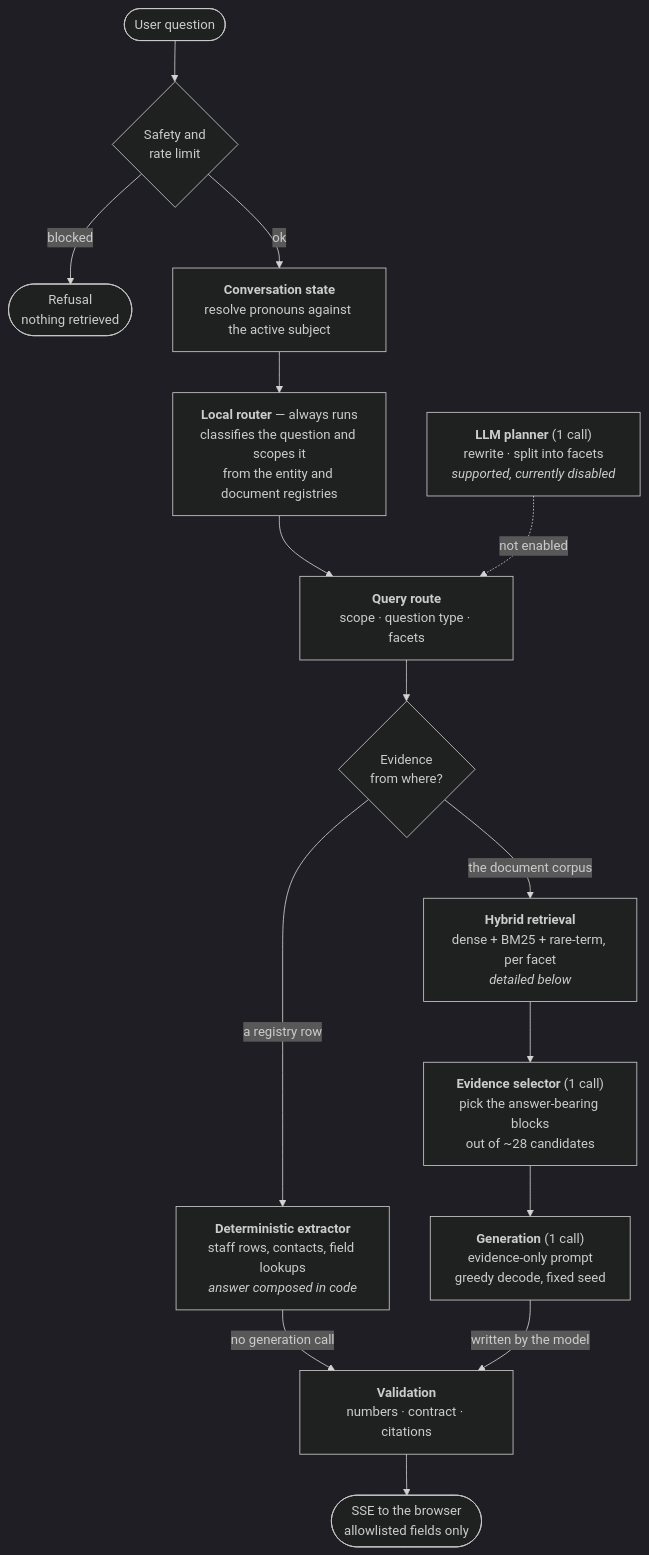
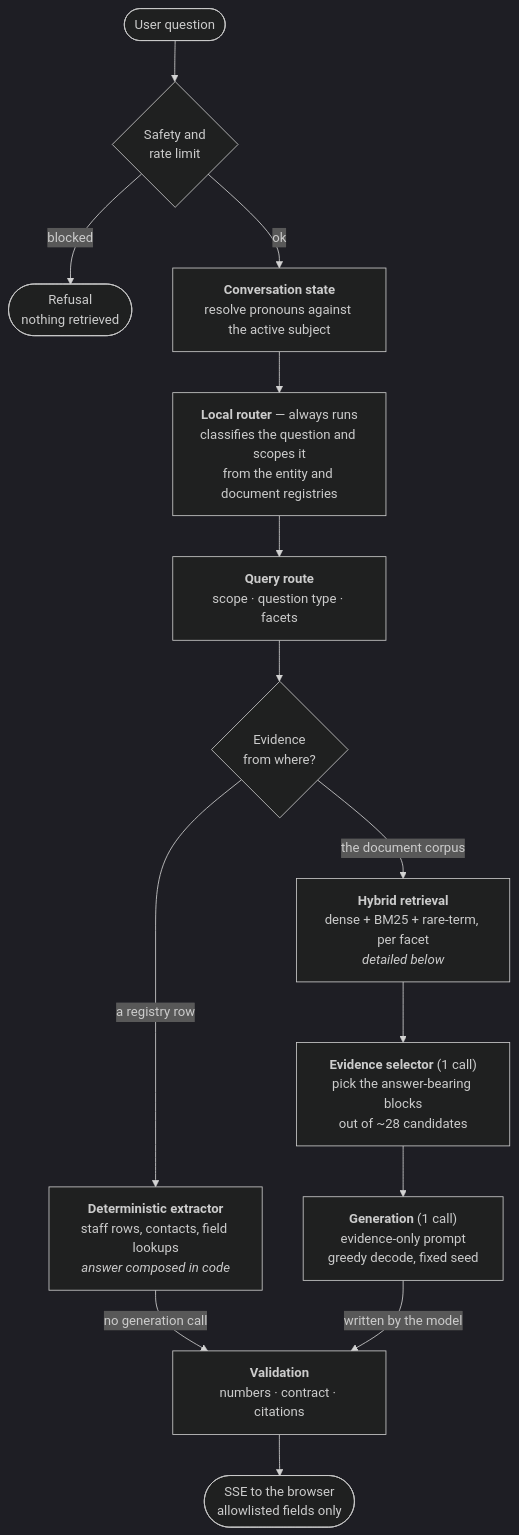
One commit to DavidL72Code/Sustainable-Labs-ChatBot changed the second of 3 diagrams in README.md. Above: the diagram before and after it, drawn with Mermaid (dark theme). The commit also changed other lines of this file, not shown here.

First line of the commit message:
Rewrite the evaluation section against the re-run numbers

````diff
--- a/README.md
+++ b/README.md
@@ -51,21 +51,20 @@
 ```mermaid
 flowchart TB
     Q(["User question"]) --> G{"Safety and<br/>rate limit"}
     G -->|blocked| X(["Refusal<br/>nothing retrieved"])
     G -->|ok| ST["<b>Conversation state</b><br/>resolve pronouns against the active subject"]
     ST --> LR["<b>Local router</b> — always runs<br/>classifies the question and scopes it<br/>from the entity and document registries"]
 
     LR --> ROUTE["<b>Query route</b><br/>scope · question type · facets"]
-    PL["<b>LLM planner</b> (1 call)<br/>rewrite · split into facets<br/><i>supported, currently disabled</i>"] -.->|"not enabled"| ROUTE
 
     ROUTE --> F{"Evidence<br/>from where?"}
     F -->|"a registry row"| EX["<b>Deterministic extractor</b><br/>staff rows, contacts, field lookups<br/><i>answer composed in code</i>"]
     F -->|"the document corpus"| RET["<b>Hybrid retrieval</b><br/>dense + BM25 + rare-term, per facet<br/><i>detailed below</i>"]
 
     RET --> SEL["<b>Evidence selector</b> (1 call)<br/>pick the answer-bearing blocks<br/>out of ~28 candidates"]
     SEL --> GEN["<b>Generation</b> (1 call)<br/>evidence-only prompt<br/>greedy decode, fixed seed"]
 
     EX -->|"no generation call"| VAL["<b>Validation</b><br/>numbers · contract · citations"]
     GEN -->|"written by the model"| VAL
     VAL --> OUT(["SSE to the browser<br/>allowlisted fields only"])
 ```
````
